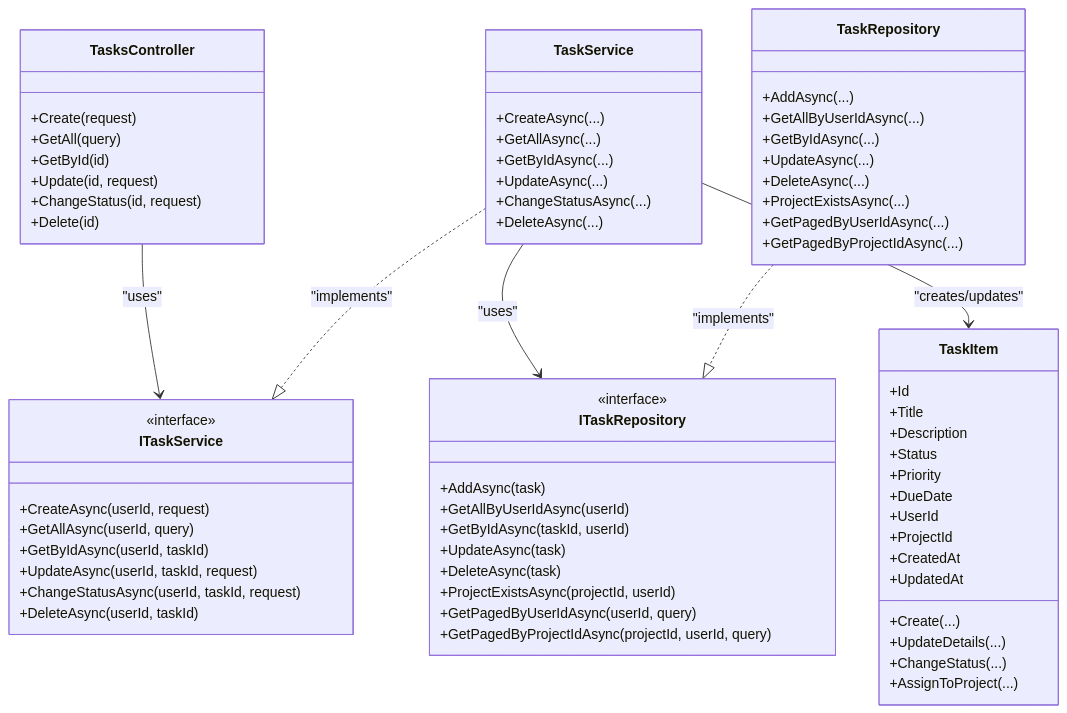
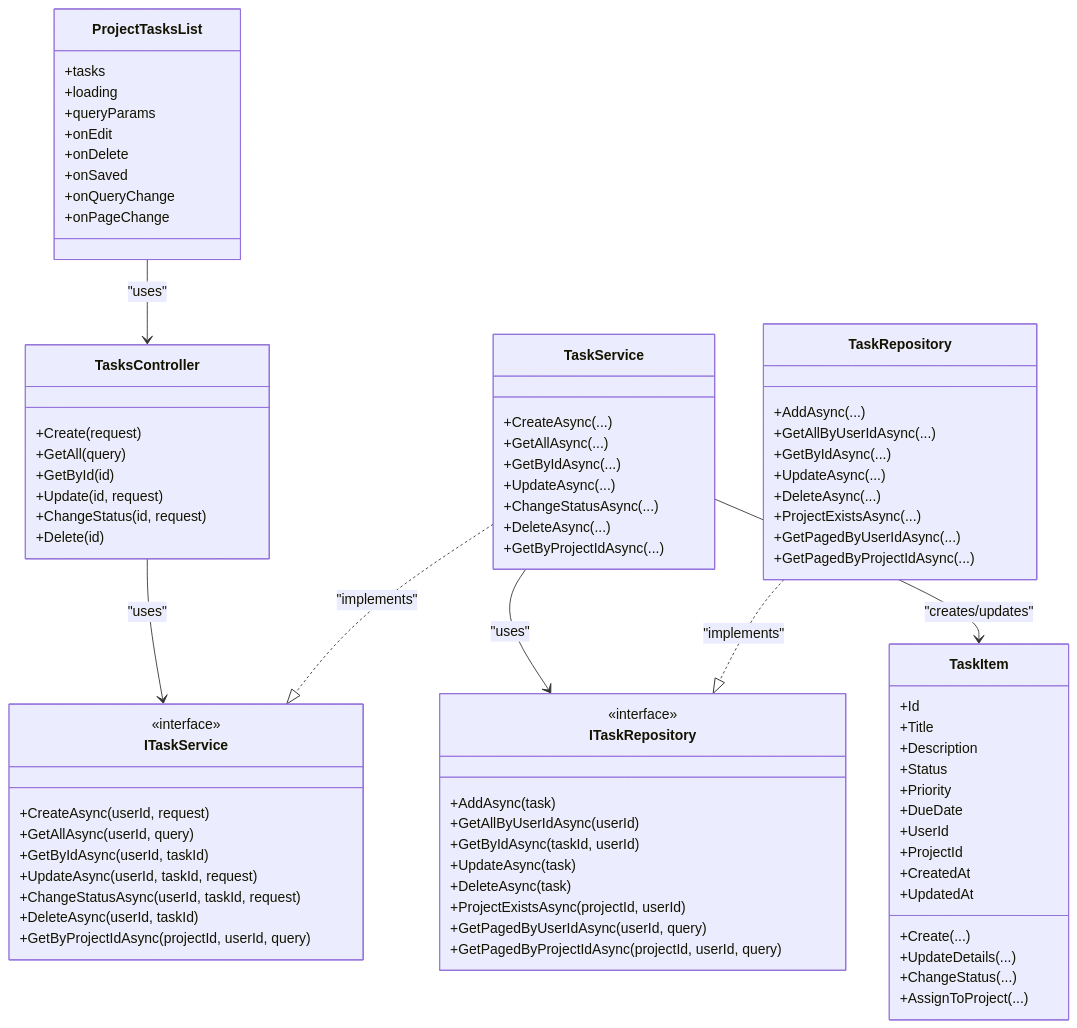
One commit to jejejesus/TaskFlow changed the tenth of 10 diagrams in .qoder/repowiki/en/content/Task Management Feature/Task Management Feature.md. Above: the diagram before and after it, drawn with Mermaid. The commit also changed other lines of this file and 21 other files, not shown here.

````diff
--- a/.qoder/repowiki/en/content/Task Management Feature/Task Management Feature.md
+++ b/.qoder/repowiki/en/content/Task Management Feature/Task Management Feature.md
@@ -410,6 +466,7 @@
 +UpdateAsync(userId, taskId, request)
 +ChangeStatusAsync(userId, taskId, request)
 +DeleteAsync(userId, taskId)
++GetByProjectIdAsync(projectId, userId, query)
 }
 class TaskService {
 +CreateAsync(...)
@@ -418,6 +475,7 @@
 +UpdateAsync(...)
 +ChangeStatusAsync(...)
 +DeleteAsync(...)
++GetByProjectIdAsync(...)
 }
 class ITaskRepository {
 <<interface>>
@@ -456,9 +514,20 @@
 +ChangeStatus(...)
 +AssignToProject(...)
 }
+class ProjectTasksList {
++tasks
++loading
++queryParams
++onEdit
++onDelete
++onSaved
++onQueryChange
++onPageChange
+}
 TasksController --> ITaskService : "uses"
 TaskService ..|> ITaskService : "implements"
 TaskService --> ITaskRepository : "uses"
 TaskRepository ..|> ITaskRepository : "implements"
 TaskService --> TaskItem : "creates/updates"
+ProjectTasksList --> TasksController : "uses"
 ```
````
